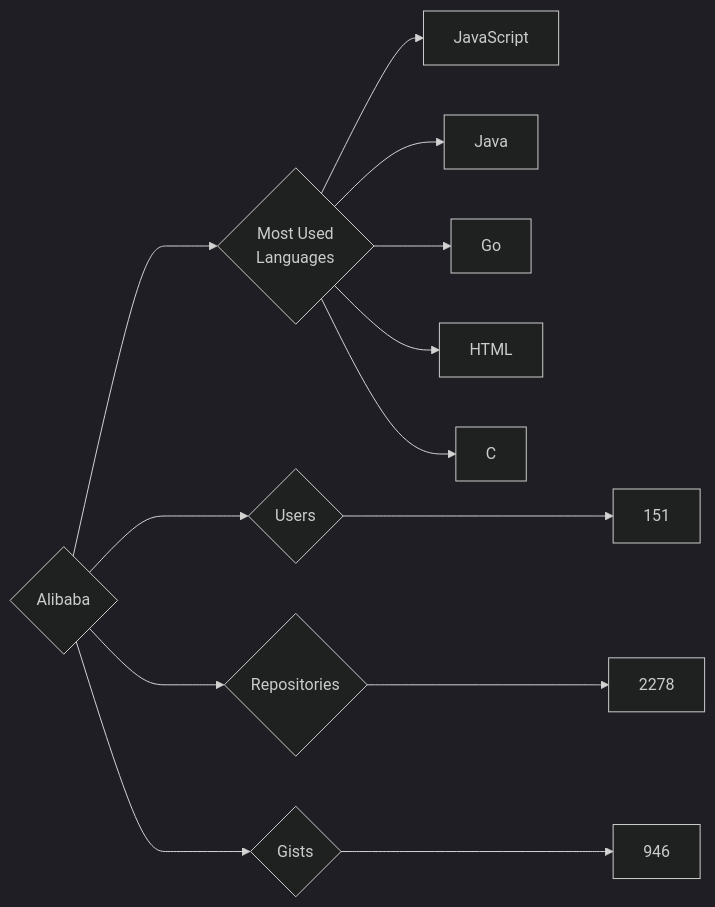
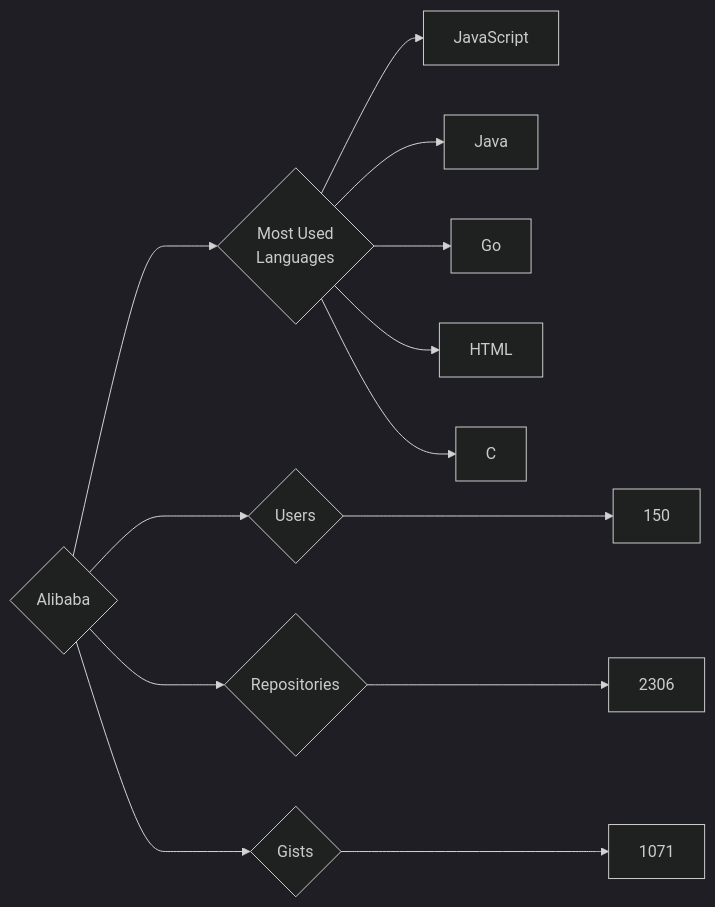
The diagram in targets/Alibaba/README.md (trickest/insiders), drawn with Mermaid (dark theme) before and after one commit. The commit also changed 823 other files, not shown here.

````diff
--- a/targets/Alibaba/README.md
+++ b/targets/Alibaba/README.md
@@ -3,13 +3,13 @@
 ```mermaid
 graph LR
 COMPANY_NAME{Alibaba}
-COMPANY_NAME ---> U{Users} ---> UN[151]
-COMPANY_NAME ---> R{Repositories} ---> RN[2278]
-COMPANY_NAME ---> G{Gists} ---> GN[946]
+COMPANY_NAME ---> U{Users} ---> UN[150]
+COMPANY_NAME ---> R{Repositories} ---> RN[2306]
+COMPANY_NAME ---> G{Gists} ---> GN[1071]
 COMPANY_NAME ---> ML{Most Used<br>Languages}
 ML --> JavaScript[JavaScript]
 ML --> Java[Java]
 ML --> Go[Go]
 ML --> HTML[HTML]
 ML --> C[C]
 ```
````
